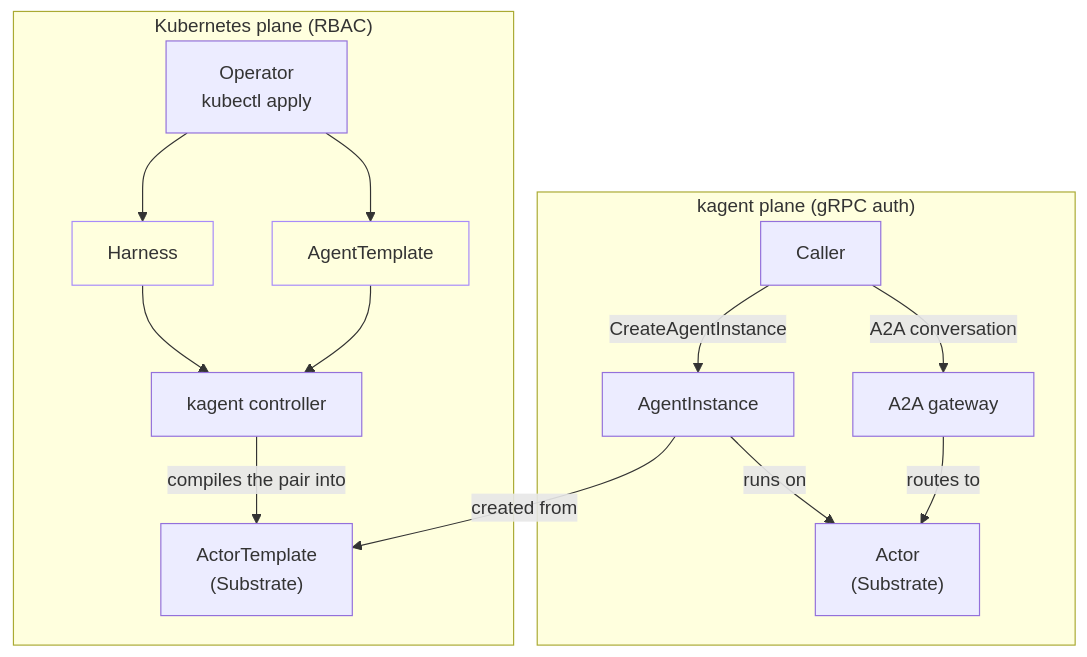
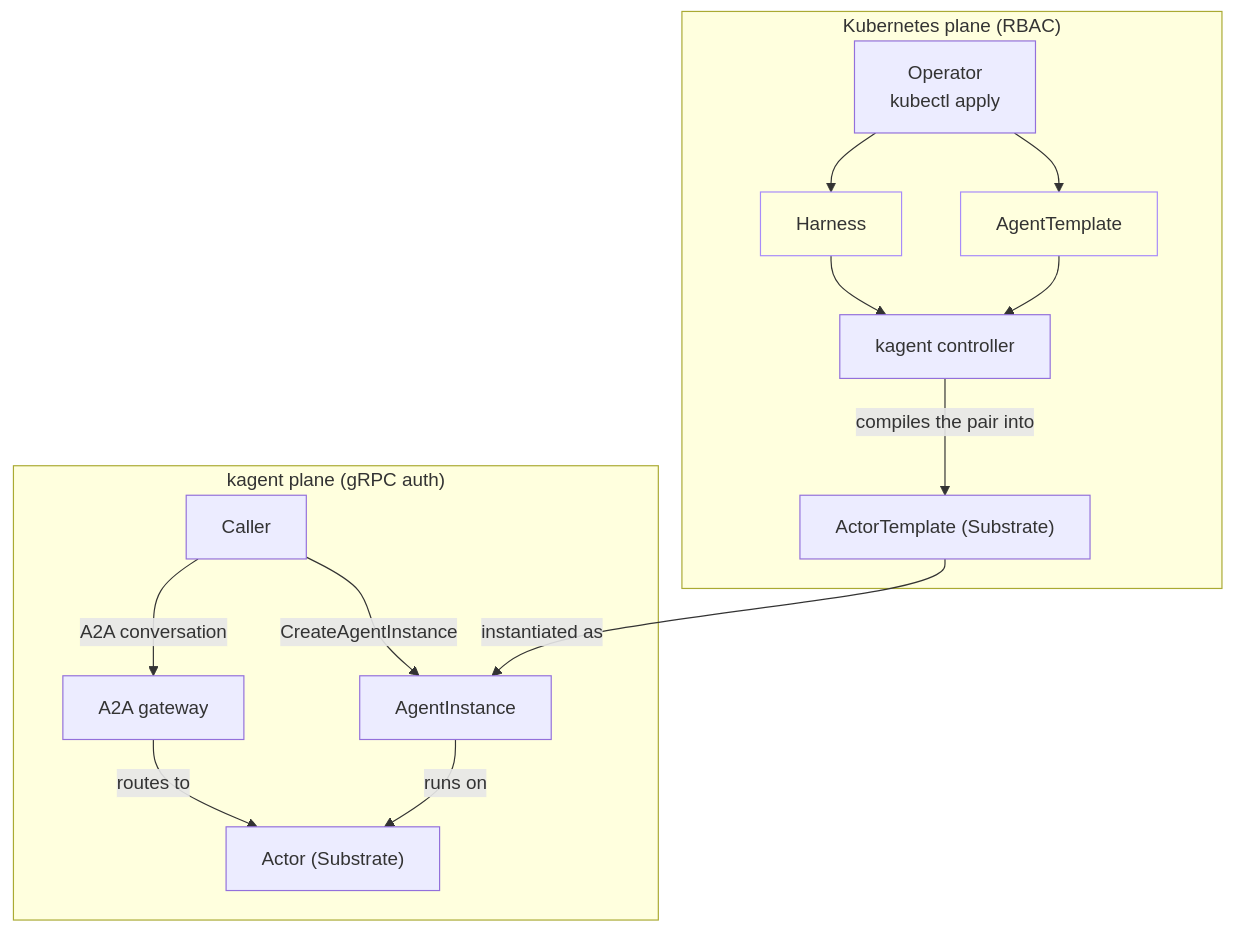
Before and after one commit to Rachael-Graham/website-1.0: the diagram in docs-site/content/kagent/1.x/about/architecture.md, drawn with Mermaid. The commit also changed other lines of this file and 2 other files, not shown here.

````diff
--- a/docs-site/content/kagent/1.x/about/architecture.md
+++ b/docs-site/content/kagent/1.x/about/architecture.md
@@ -17,30 +20,38 @@
 ```mermaid
 flowchart TB
+
     subgraph k8s["Kubernetes plane (RBAC)"]
         operator["Operator<br>kubectl apply"]
         harness["Harness"]
         template["AgentTemplate"]
         controller["kagent controller"]
-        actortemplate["ActorTemplate<br>(Substrate)"]
+        actortemplate["ActorTemplate (Substrate)"]
         operator --> harness
         operator --> template
         harness --> controller
         template --> controller
         controller -->|compiles the pair into| actortemplate
     end
 
     subgraph kagentplane["kagent plane (gRPC auth)"]
         caller["Caller"]
+        gateway["A2A gateway"]
         instance["AgentInstance"]
-        gateway["A2A gateway"]
-        actor["Actor<br>(Substrate)"]
+        actor["Actor (Substrate)"]
+        caller -->|A2A conversation| gateway
         caller -->|CreateAgentInstance| instance
-        instance -->|created from| actortemplate
+        gateway -->|routes to| actor
         instance -->|runs on| actor
-        caller -->|A2A conversation| gateway
-        gateway -->|routes to| actor
     end
+
+    %% Declared outside both subgraphs on purpose: a node belongs to whichever
+    %% subgraph first references it, so putting this edge inside the kagent plane
+    %% would pull ActorTemplate out of the Kubernetes plane.
+    actortemplate -->|instantiated as| instance
+    %% Invisible link: forces the kagent plane to sit fully below the Kubernetes
+    %% plane. Without it, the layout engine staggers the two planes diagonally.
+    %% actortemplate ~~~ caller
 
     classDef crd stroke:#a78bfa,fill:transparent
     class harness,template crd
 ```
````
